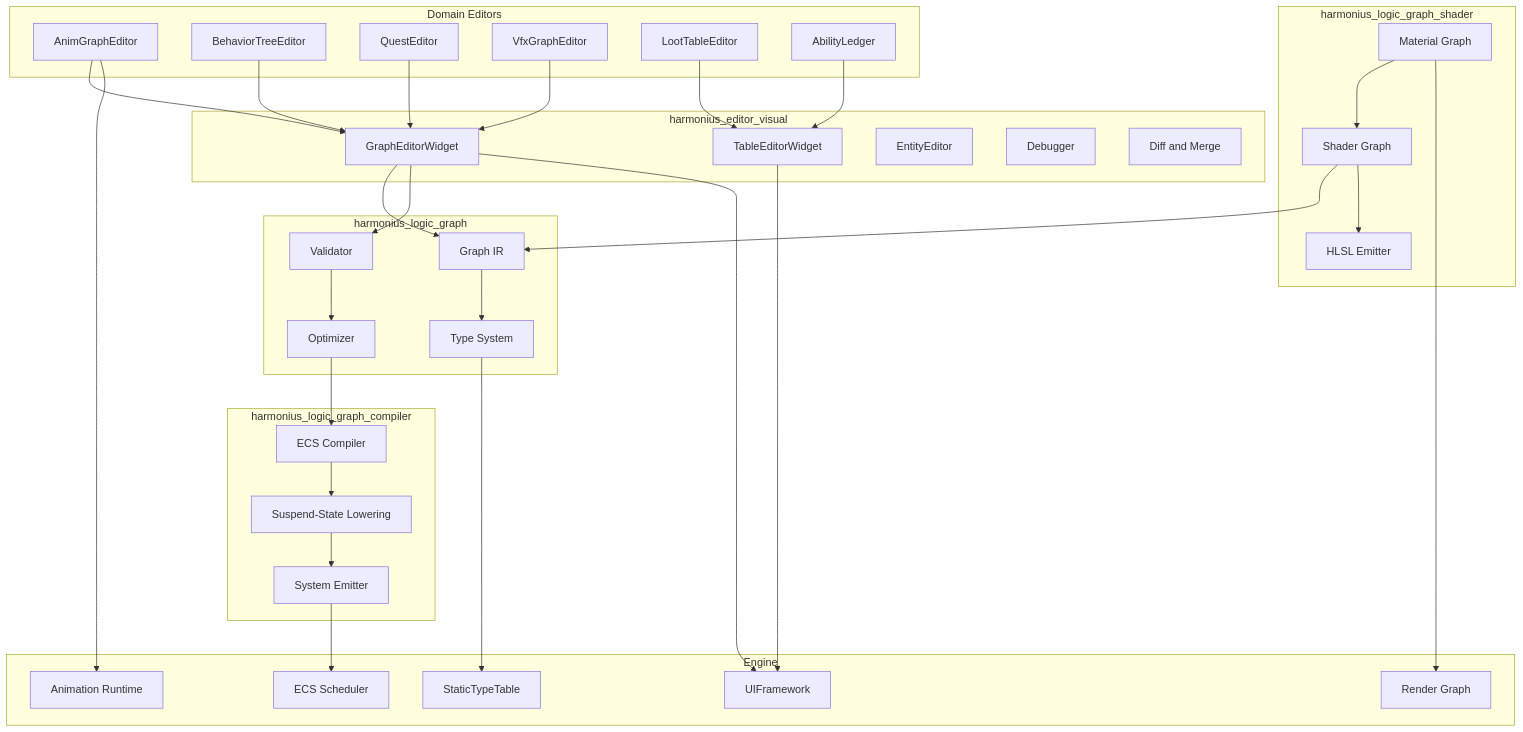
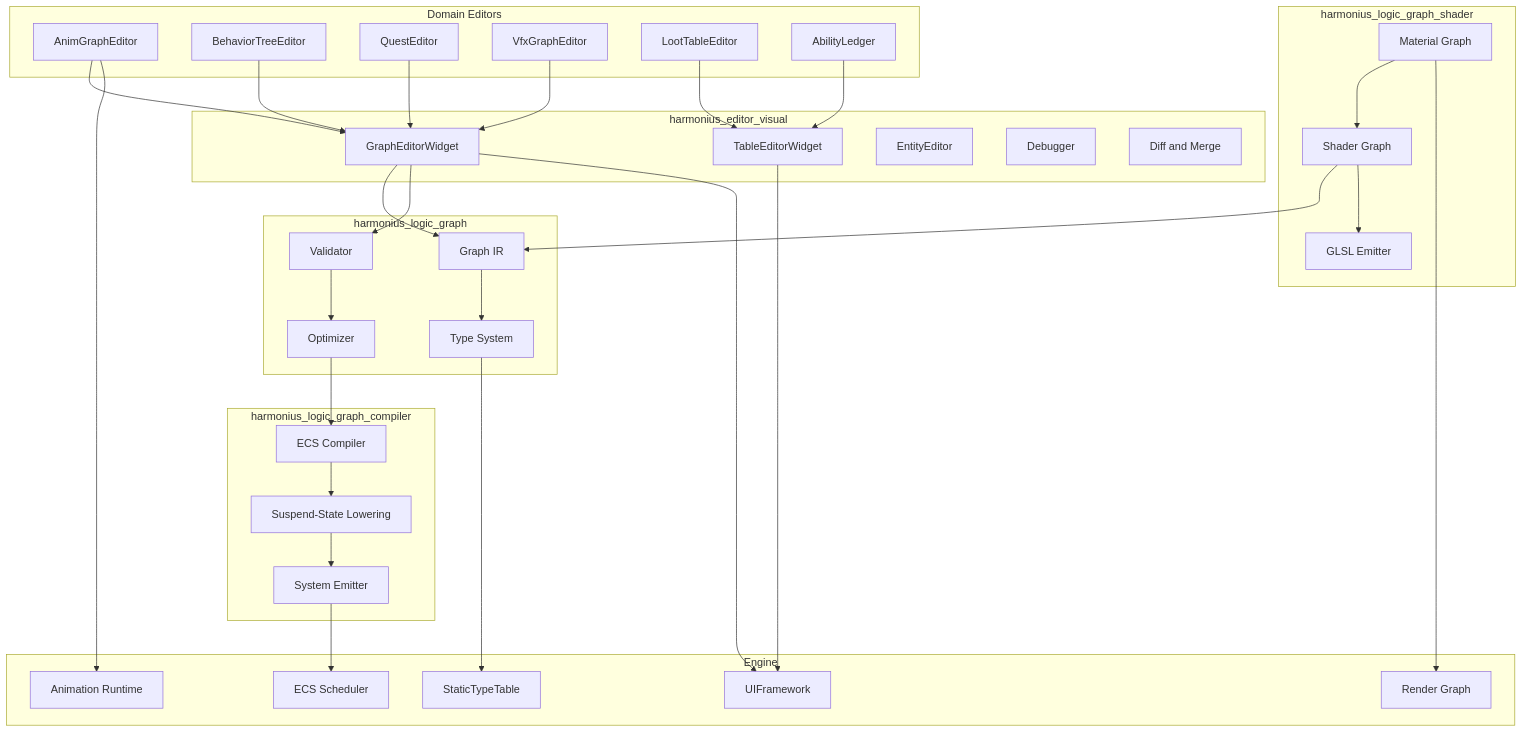
Before and after one commit to harmonius-dev/harmonius: the first of 4 diagrams in docs/design/tools/visual-editors.md, drawn with Mermaid. The commit also changed other lines of this file and 128 other files, not shown here.

````diff
--- a/docs/design/tools/visual-editors.md
+++ b/docs/design/tools/visual-editors.md
@@ -202,69 +202,69 @@
 ```mermaid
 graph TD
     subgraph harmonius_logic_graph
         IR[Graph IR]
         TS[Type System]
         VAL[Validator]
         OPT[Optimizer]
     end
 
     subgraph harmonius_logic_graph_compiler
         CMP[ECS Compiler]
         COR[Suspend-State Lowering]
         EMT[System Emitter]
     end
 
     subgraph harmonius_logic_graph_shader
         SG[Shader Graph]
         MAT[Material Graph]
-        HLSL[HLSL Emitter]
+        GLSL[GLSL Emitter]
     end
 
     subgraph harmonius_editor_visual
         GEW[GraphEditorWidget]
         TEW[TableEditorWidget]
         EE[EntityEditor]
         DBG[Debugger]
         DIFF[Diff and Merge]
     end
 
     subgraph "Domain Editors"
         AGE[AnimGraphEditor]
         BTE[BehaviorTreeEditor]
         QE[QuestEditor]
         VGE[VfxGraphEditor]
         LTE[LootTableEditor]
         AL[AbilityLedger]
     end
 
     subgraph Engine
         STT[StaticTypeTable]
         ECS[ECS Scheduler]
         AR[Animation Runtime]
         RG[Render Graph]
         UI[UIFramework]
     end
 
     GEW --> IR
     GEW --> VAL
     GEW --> UI
     TEW --> UI
     IR --> TS
     VAL --> OPT
     OPT --> CMP
     CMP --> COR
     COR --> EMT
     SG --> IR
     MAT --> SG
-    SG --> HLSL
+    SG --> GLSL
     EMT --> ECS
     TS --> STT
     AGE --> GEW
     BTE --> GEW
     QE --> GEW
     VGE --> GEW
     LTE --> TEW
     AL --> TEW
     MAT --> RG
     AGE --> AR
 ```
````
